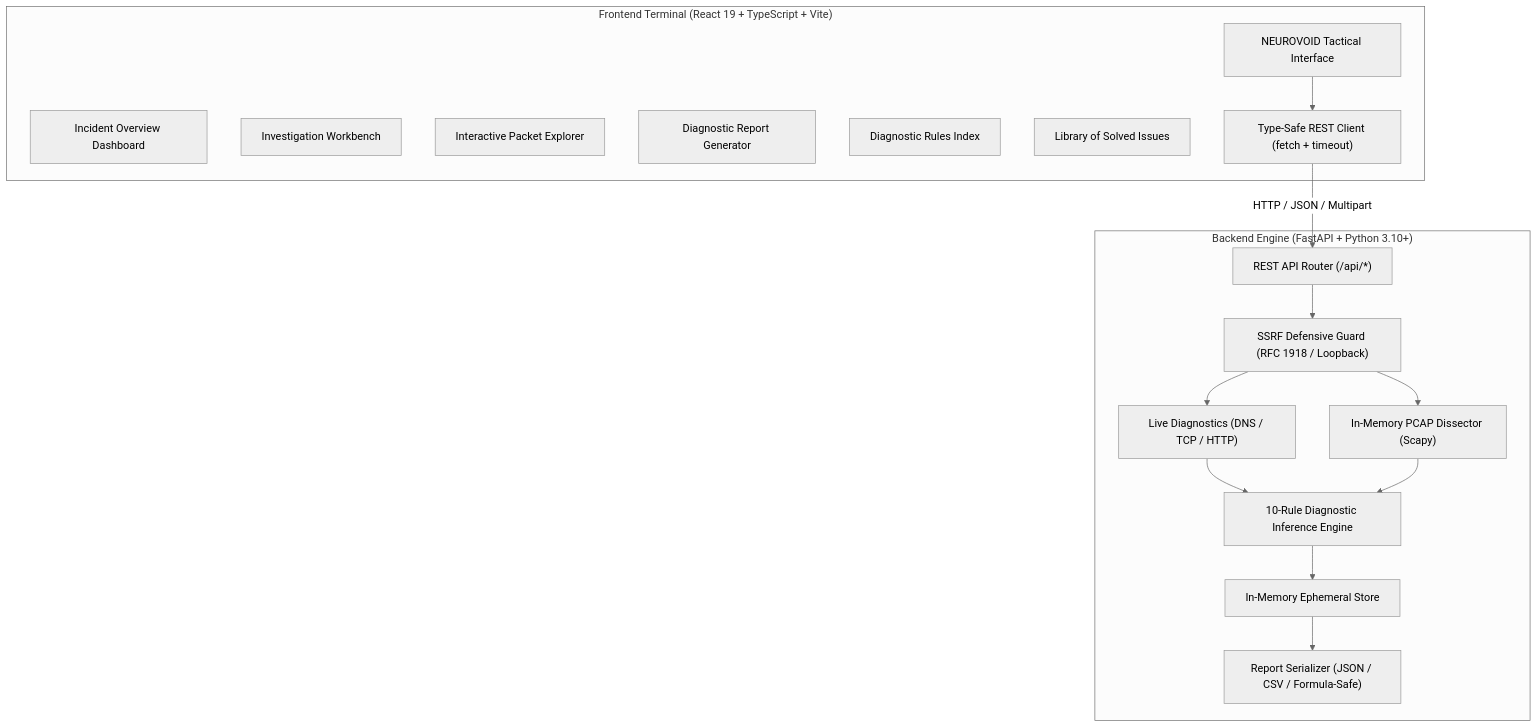
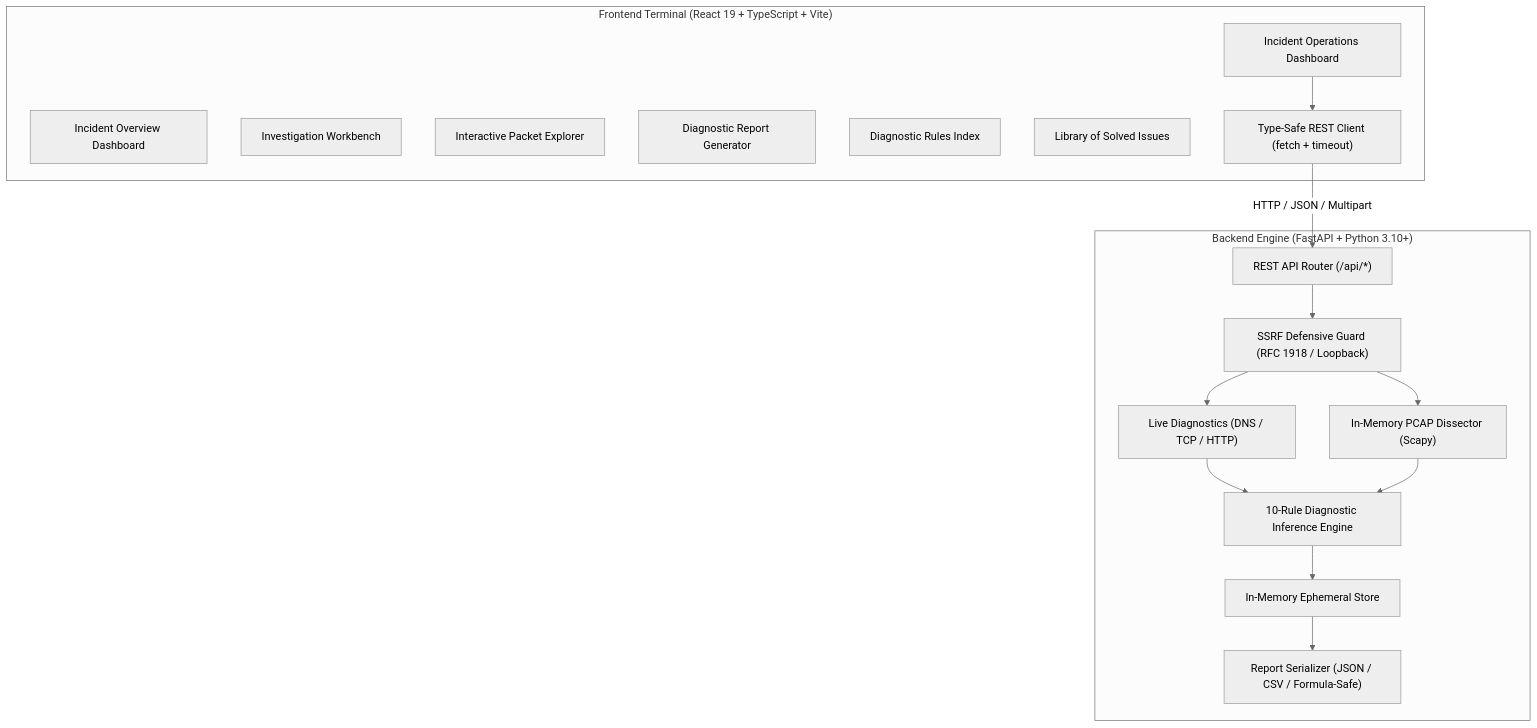
Before and after one commit to k1krrish/linkguard: the diagram in README.md, drawn with Mermaid (neutral theme). The commit also changed other lines of this file and 4 other files, not shown here.

````diff
--- a/README.md
+++ b/README.md
@@ -38,33 +28,33 @@
 ```mermaid
 flowchart TD
     subgraph Frontend ["Frontend Terminal (React 19 + TypeScript + Vite)"]
-        UI["NEUROVOID Tactical Interface"]
+        UI["Incident Operations Dashboard"]
         OV["Incident Overview Dashboard"]
         INV["Investigation Workbench"]
         PKT["Interactive Packet Explorer"]
         REP["Diagnostic Report Generator"]
         RUL["Diagnostic Rules Index"]
         SL["Library of Solved Issues"]
         API_CLIENT["Type-Safe REST Client (fetch + timeout)"]
     end
 
     subgraph Backend ["Backend Engine (FastAPI + Python 3.10+)"]
         ROUTER["REST API Router (/api/*)"]
         SSRF["SSRF Defensive Guard (RFC 1918 / Loopback)"]
         DIAG["Live Diagnostics (DNS / TCP / HTTP)"]
         PCAP_DISSECT["In-Memory PCAP Dissector (Scapy)"]
         RULE_ENG["10-Rule Diagnostic Inference Engine"]
         MEM_STORE["In-Memory Ephemeral Store"]
         REP_GEN["Report Serializer (JSON / CSV / Formula-Safe)"]
     end
 
     UI --> API_CLIENT
     API_CLIENT -->|HTTP / JSON / Multipart| ROUTER
     ROUTER --> SSRF
     SSRF --> DIAG
     SSRF --> PCAP_DISSECT
     DIAG --> RULE_ENG
     PCAP_DISSECT --> RULE_ENG
     RULE_ENG --> MEM_STORE
     MEM_STORE --> REP_GEN
 ```
````
